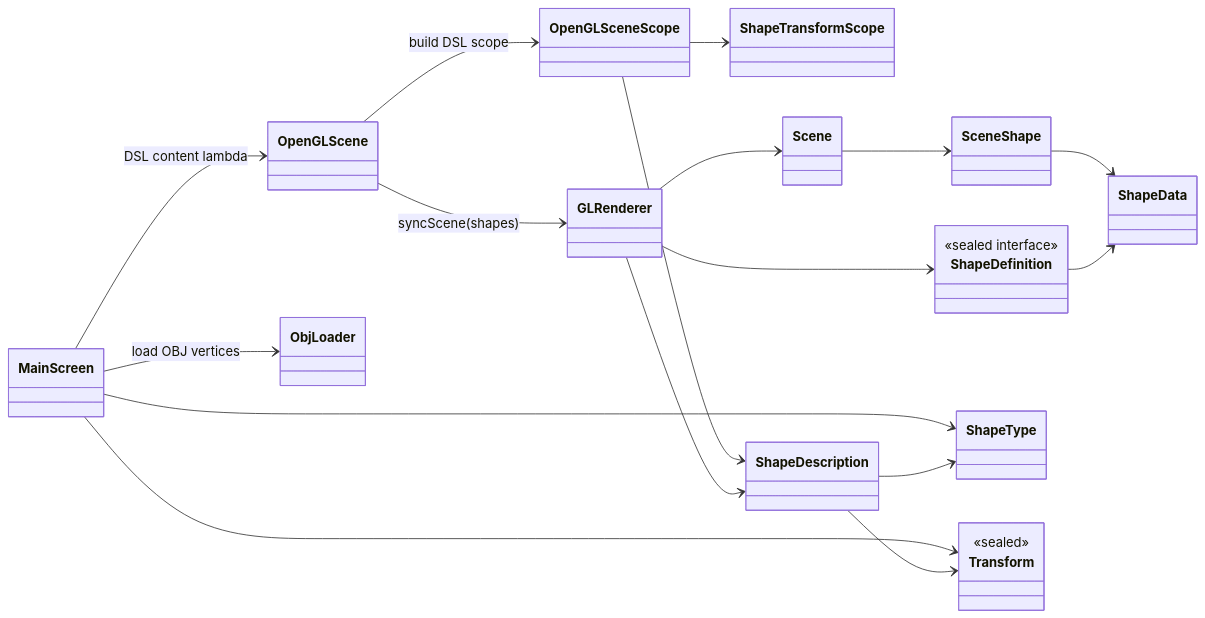
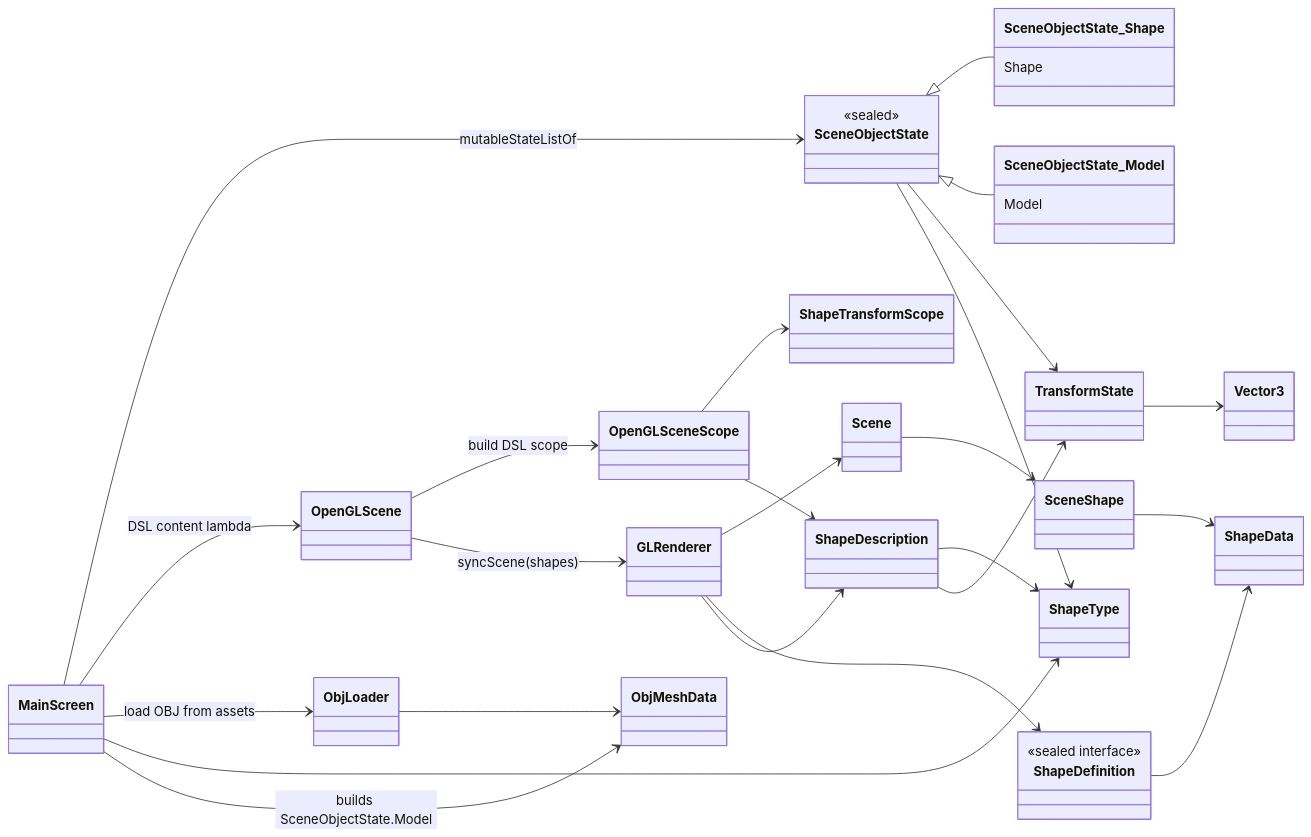
One commit to hr5h/GLViz changed the diagram in docs/uml/05-overall-architecture.md. Above: the diagram before and after it, drawn with Mermaid. The commit also changed 11 other files, not shown here.

````diff
--- a/docs/uml/05-overall-architecture.md
+++ b/docs/uml/05-overall-architecture.md
@@ -3,42 +3,61 @@
 ```mermaid
 classDiagram
 direction LR
 
 class MainScreen
+class SceneObjectState {
+  <<sealed>>
+}
+class SceneObjectState_Shape {
+  Shape
+}
+class SceneObjectState_Model {
+  Model
+}
 class OpenGLScene
 class OpenGLSceneScope
 class ShapeTransformScope
 class ShapeDescription
+class TransformState
+class Vector3
 class GLRenderer
 class Scene
 class SceneShape
 class ShapeDefinition {
   <<sealed interface>>
 }
 class ShapeData
 class ObjLoader
+class ObjMeshData
 class ShapeType
-class Transform {
-  <<sealed>>
-}
 
+SceneObjectState <|-- SceneObjectState_Shape
+SceneObjectState <|-- SceneObjectState_Model
+
+MainScreen --> SceneObjectState : mutableStateListOf
 MainScreen --> OpenGLScene : DSL content lambda
-MainScreen --> ObjLoader : load OBJ vertices
+MainScreen --> ObjLoader : load OBJ from assets
 MainScreen --> ShapeType
-MainScreen --> Transform
+
+SceneObjectState --> TransformState
+SceneObjectState --> ShapeType
 
 OpenGLScene --> OpenGLSceneScope : build DSL scope
 OpenGLScene --> GLRenderer : syncScene(shapes)
 
 OpenGLSceneScope --> ShapeTransformScope
 OpenGLSceneScope --> ShapeDescription
 ShapeDescription --> ShapeType
-ShapeDescription --> Transform
+ShapeDescription --> TransformState
+TransformState --> Vector3
 
 GLRenderer --> Scene
 GLRenderer --> ShapeDefinition
 GLRenderer --> ShapeDescription
 Scene --> SceneShape
 SceneShape --> ShapeData
 ShapeDefinition --> ShapeData
+
+ObjLoader --> ObjMeshData
+MainScreen --> ObjMeshData : builds SceneObjectState.Model
 ```
````
